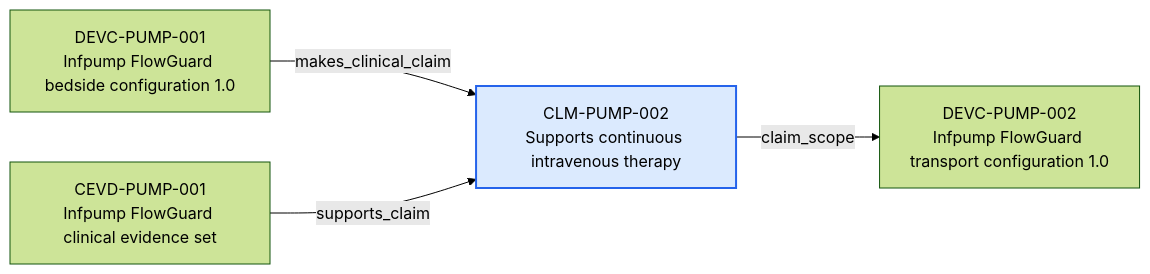
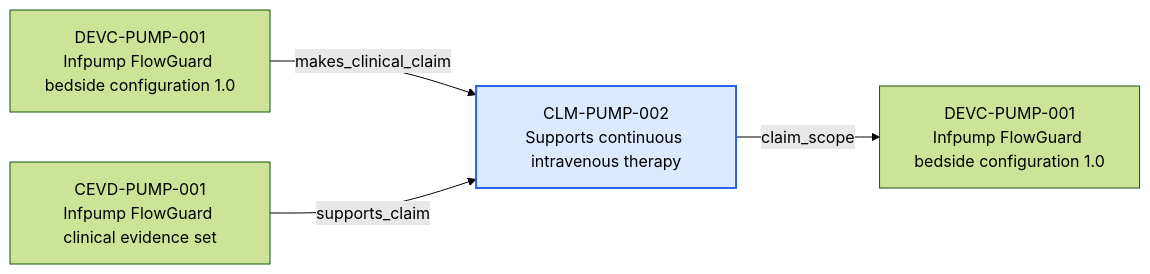
Before and after one commit to mvattulainen/mdrontology: the diagram in content/06-Infpump FlowGuard ontology notes/clinical-claim/CLM-PUMP-002-supports-continuous-intravenous-therapy.md, drawn with Mermaid (forest theme). The commit also changed other lines of this file and 321 other files, not shown here.

Commit message:
Implement Mermaid ontology audit findings

````diff
--- a/content/06-Infpump FlowGuard ontology notes/clinical-claim/CLM-PUMP-002-supports-continuous-intravenous-therapy.md
+++ b/content/06-Infpump FlowGuard ontology notes/clinical-claim/CLM-PUMP-002-supports-continuous-intravenous-therapy.md
@@ -69,12 +71,12 @@
 ```mermaid
 flowchart LR
   CURRENT["CLM-PUMP-002<br/>Supports continuous intravenous therapy"]
   PREV0["DEVC-PUMP-001<br/>Infpump FlowGuard bedside configuration 1.0"]
   PREV0 -->|"makes_clinical_claim"| CURRENT
   PREV1["CEVD-PUMP-001<br/>Infpump FlowGuard clinical evidence set"]
   PREV1 -->|"supports_claim"| CURRENT
-  NEXT0["DEVC-PUMP-002<br/>Infpump FlowGuard transport configuration 1.0"]
+  NEXT0["DEVC-PUMP-001<br/>Infpump FlowGuard bedside configuration 1.0"]
   CURRENT -->|"claim_scope"| NEXT0
   classDef current fill:#dbeafe,stroke:#2563eb,stroke-width:2px
   class CURRENT current
 ```
````
